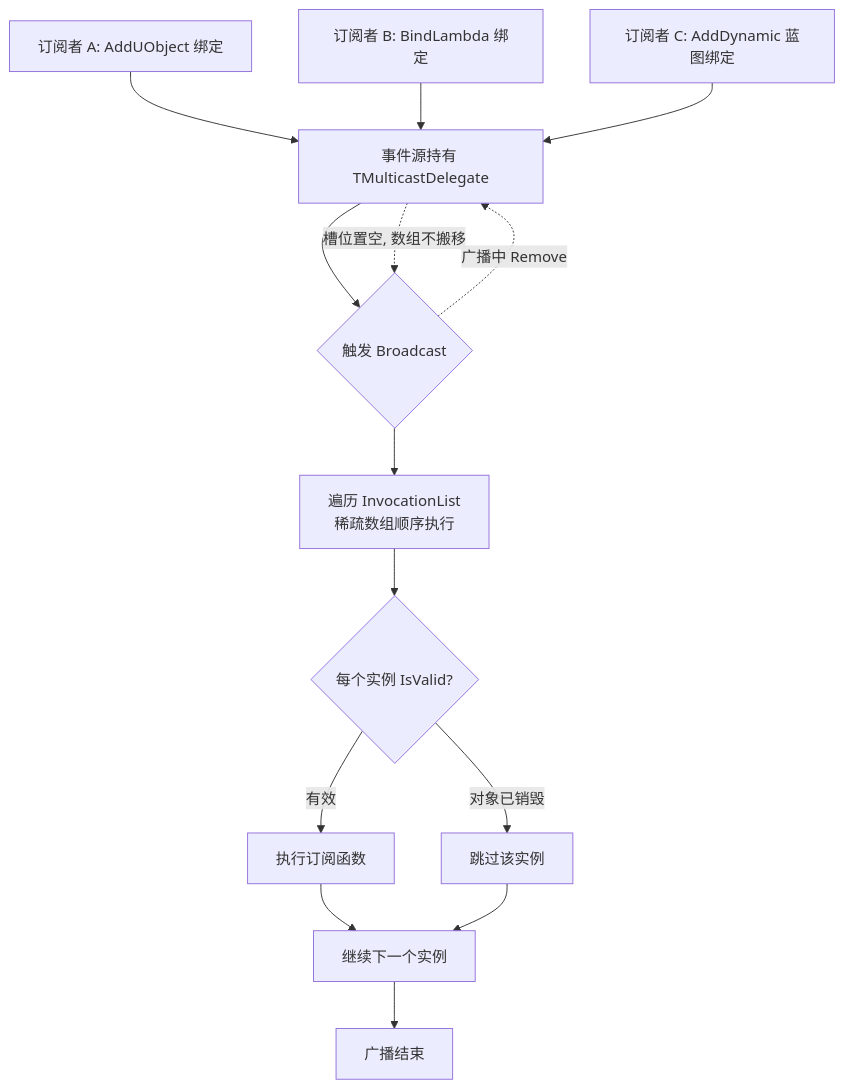
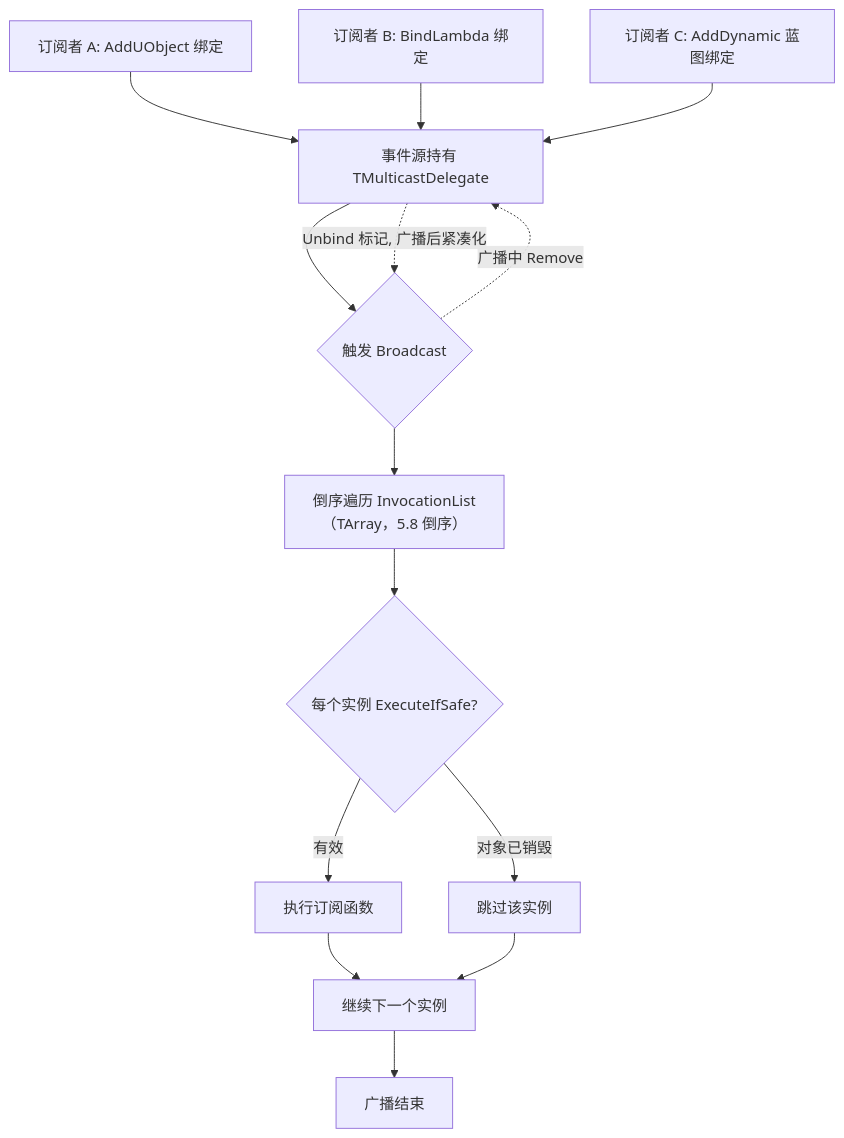
One commit to fantuan812/learning changed the second of 3 diagrams in 游戏知识/12-引擎源码分析/06-委托与事件系统源码.md. Above: the diagram before and after it, drawn with Mermaid. The commit also changed other lines of this file and 17 other files, not shown here.

````diff
--- a/游戏知识/12-引擎源码分析/06-委托与事件系统源码.md
+++ b/游戏知识/12-引擎源码分析/06-委托与事件系统源码.md
@@ -456,18 +445,18 @@
 ```mermaid
 flowchart TD
     A[订阅者 A: AddUObject 绑定] --> S[事件源持有 TMulticastDelegate]
     B[订阅者 B: BindLambda 绑定] --> S
     C[订阅者 C: AddDynamic 蓝图绑定] --> S
 
     S --> T{触发 Broadcast}
-    T --> L1[遍历 InvocationList<br/>稀疏数组顺序执行]
-    L1 --> L2{每个实例 IsValid?}
+    T --> L1[倒序遍历 InvocationList<br/>（TArray，5.8 倒序）]
+    L1 --> L2{每个实例 ExecuteIfSafe?}
     L2 -->|对象已销毁| SKIP[跳过该实例]
     L2 -->|有效| CALL[执行订阅函数]
     CALL --> NEXT[继续下一个实例]
     SKIP --> NEXT
     NEXT --> DONE[广播结束]
 
     T -.广播中 Remove.-> S
-    S -.槽位置空, 数组不搬移.-> T
+    S -.Unbind 标记, 广播后紧凑化.-> T
 ```
````
